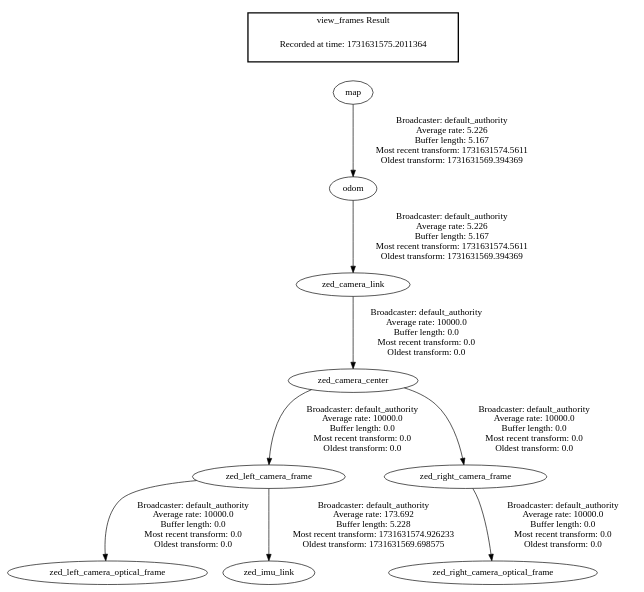
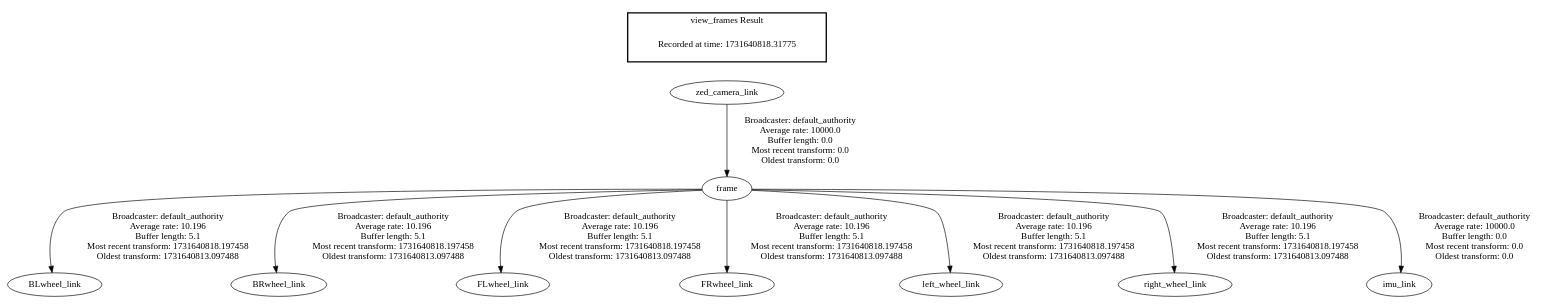
Before and after one commit to AndrewOsswald/nvi_ws: the diagram in frames.gv, drawn with Graphviz. The commit also changed 117 other files, not shown here.

```diff
--- a/frames.gv
+++ b/frames.gv
@@ -1,14 +1,14 @@
 digraph G {
-"map" -> "odom"[label=" Broadcaster: default_authority\nAverage rate: 5.226\nBuffer length: 5.167\nMost recent transform: 1731631574.5611\nOldest transform: 1731631569.394369\n"];
-"zed_camera_link" -> "zed_camera_center"[label=" Broadcaster: default_authority\nAverage rate: 10000.0\nBuffer length: 0.0\nMost recent transform: 0.0\nOldest transform: 0.0\n"];
-"odom" -> "zed_camera_link"[label=" Broadcaster: default_authority\nAverage rate: 5.226\nBuffer length: 5.167\nMost recent transform: 1731631574.5611\nOldest transform: 1731631569.394369\n"];
-"zed_camera_center" -> "zed_left_camera_frame"[label=" Broadcaster: default_authority\nAverage rate: 10000.0\nBuffer length: 0.0\nMost recent transform: 0.0\nOldest transform: 0.0\n"];
-"zed_left_camera_frame" -> "zed_left_camera_optical_frame"[label=" Broadcaster: default_authority\nAverage rate: 10000.0\nBuffer length: 0.0\nMost recent transform: 0.0\nOldest transform: 0.0\n"];
-"zed_camera_center" -> "zed_right_camera_frame"[label=" Broadcaster: default_authority\nAverage rate: 10000.0\nBuffer length: 0.0\nMost recent transform: 0.0\nOldest transform: 0.0\n"];
-"zed_right_camera_frame" -> "zed_right_camera_optical_frame"[label=" Broadcaster: default_authority\nAverage rate: 10000.0\nBuffer length: 0.0\nMost recent transform: 0.0\nOldest transform: 0.0\n"];
-"zed_left_camera_frame" -> "zed_imu_link"[label=" Broadcaster: default_authority\nAverage rate: 173.692\nBuffer length: 5.228\nMost recent transform: 1731631574.926233\nOldest transform: 1731631569.698575\n"];
+"frame" -> "BLwheel_link"[label=" Broadcaster: default_authority\nAverage rate: 10.196\nBuffer length: 5.1\nMost recent transform: 1731640818.197458\nOldest transform: 1731640813.097488\n"];
+"zed_camera_link" -> "frame"[label=" Broadcaster: default_authority\nAverage rate: 10000.0\nBuffer length: 0.0\nMost recent transform: 0.0\nOldest transform: 0.0\n"];
+"frame" -> "BRwheel_link"[label=" Broadcaster: default_authority\nAverage rate: 10.196\nBuffer length: 5.1\nMost recent transform: 1731640818.197458\nOldest transform: 1731640813.097488\n"];
+"frame" -> "FLwheel_link"[label=" Broadcaster: default_authority\nAverage rate: 10.196\nBuffer length: 5.1\nMost recent transform: 1731640818.197458\nOldest transform: 1731640813.097488\n"];
+"frame" -> "FRwheel_link"[label=" Broadcaster: default_authority\nAverage rate: 10.196\nBuffer length: 5.1\nMost recent transform: 1731640818.197458\nOldest transform: 1731640813.097488\n"];
+"frame" -> "left_wheel_link"[label=" Broadcaster: default_authority\nAverage rate: 10.196\nBuffer length: 5.1\nMost recent transform: 1731640818.197458\nOldest transform: 1731640813.097488\n"];
+"frame" -> "right_wheel_link"[label=" Broadcaster: default_authority\nAverage rate: 10.196\nBuffer length: 5.1\nMost recent transform: 1731640818.197458\nOldest transform: 1731640813.097488\n"];
+"frame" -> "imu_link"[label=" Broadcaster: default_authority\nAverage rate: 10000.0\nBuffer length: 0.0\nMost recent transform: 0.0\nOldest transform: 0.0\n"];
 edge [style=invis];
  subgraph cluster_legend { style=bold; color=black; label ="view_frames Result";
-"Recorded at time: 1731631575.2011364"[ shape=plaintext ] ;
-}->"map";
+"Recorded at time: 1731640818.31775"[ shape=plaintext ] ;
+}->"zed_camera_link";
 }
```
